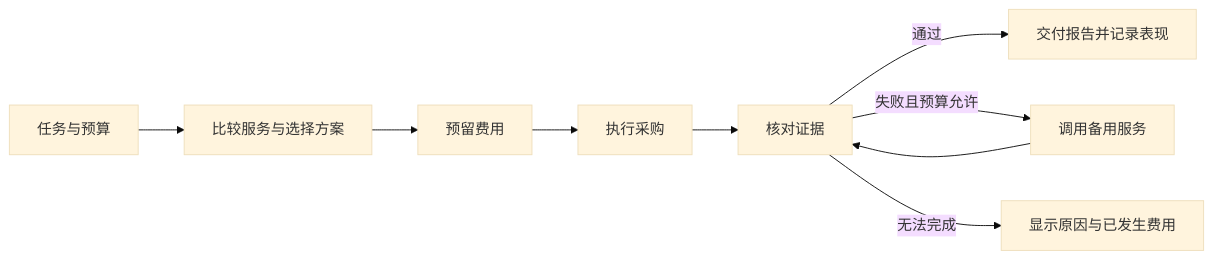
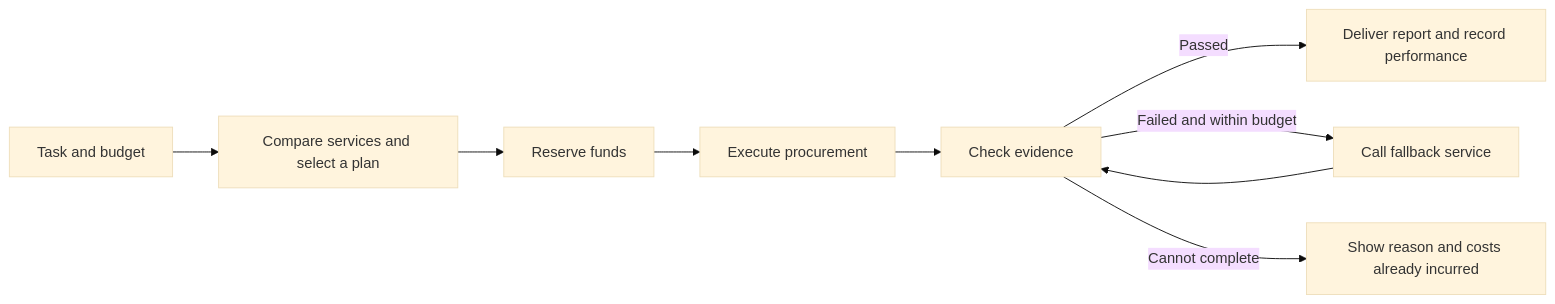
The diagram in docs/product-brief.md (neverark/AgentCo), drawn with Mermaid (base theme) before and after one commit. The commit also changed other lines of this file and 7 other files, not shown here.

````diff
--- a/docs/product-brief.md
+++ b/docs/product-brief.md
@@ -37,11 +39,11 @@
 ```mermaid
 flowchart LR
-  A[任务与预算] --> B[比较服务与选择方案]
-  B --> C[预留费用]
-  C --> D[执行采购]
-  D --> E[核对证据]
-  E -->|通过| F[交付报告并记录表现]
-  E -->|失败且预算允许| G[调用备用服务]
+  A[Task and budget] --> B[Compare services and select a plan]
+  B --> C[Reserve funds]
+  C --> D[Execute procurement]
+  D --> E[Check evidence]
+  E -->|Passed| F[Deliver report and record performance]
+  E -->|Failed and within budget| G[Call fallback service]
   G --> E
-  E -->|无法完成| H[显示原因与已发生费用]
+  E -->|Cannot complete| H[Show reason and costs already incurred]
 ```
````
